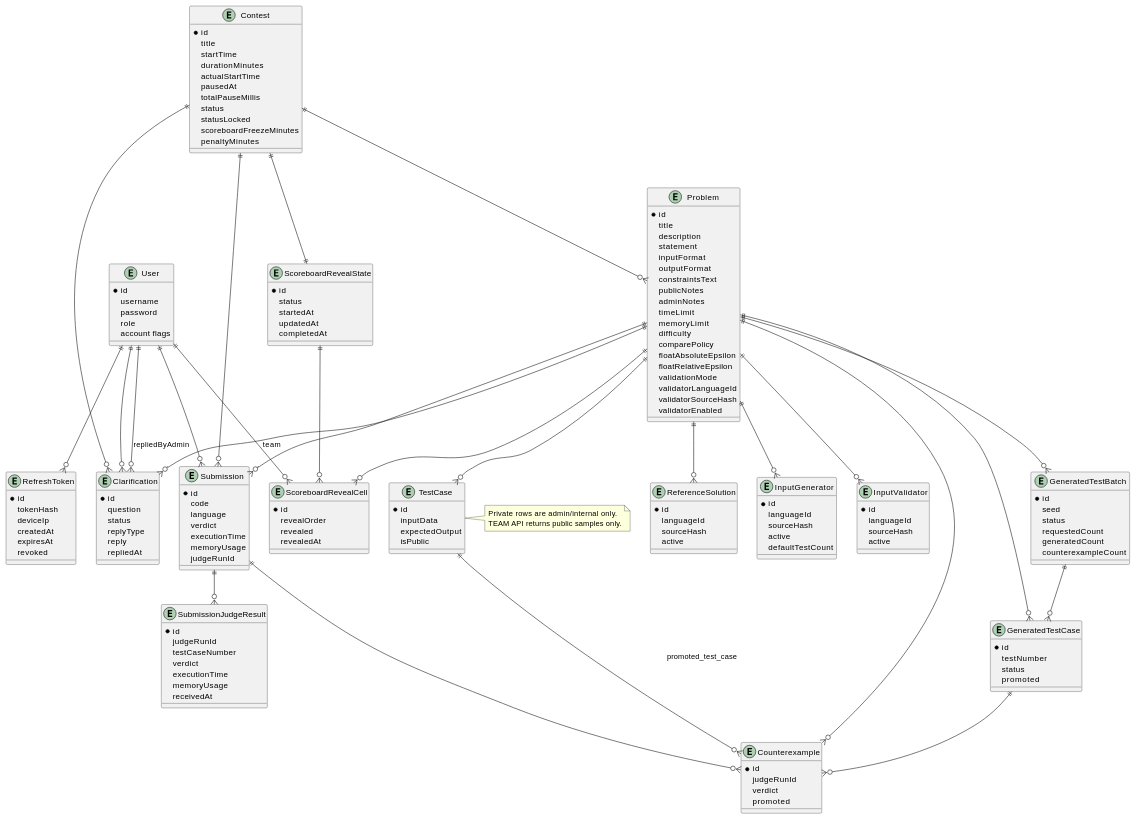
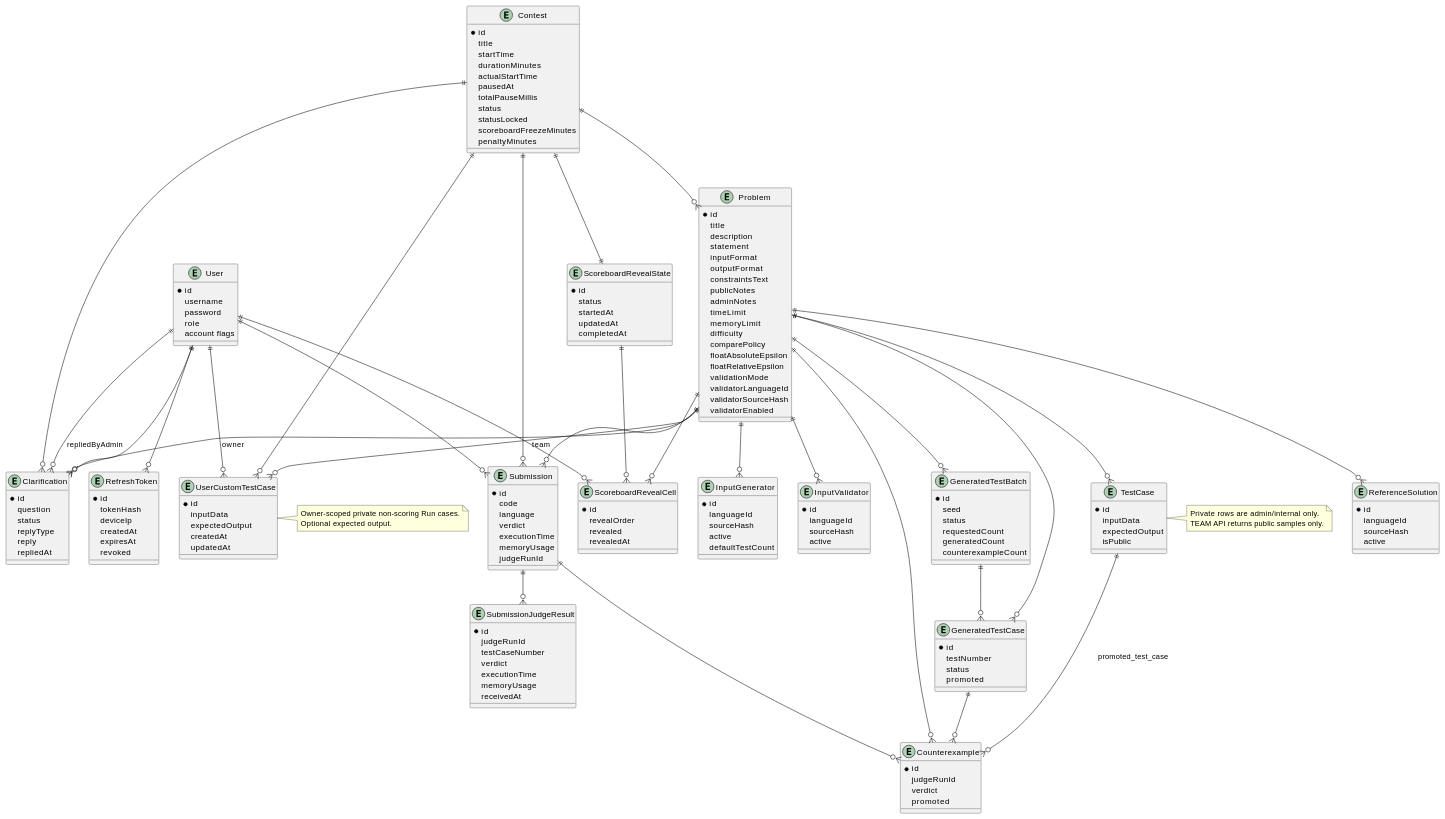
Diagram 15 of 18 in docs/report-rebuild/diagram-prompts.md (AuraC-graduate-project/AuraC2), drawn with PlantUML before and after one commit. The commit also changed other lines of this file and 33 other files, not shown here.

First line of the commit message:
feat(team): add non-scoring run workflow and clean solving workspace

````diff
--- a/docs/report-rebuild/diagram-prompts.md
+++ b/docs/report-rebuild/diagram-prompts.md
@@ -764,6 +771,13 @@
   inputData
   expectedOutput
   isPublic
+}
+entity UserCustomTestCase {
+  * id
+  inputData
+  expectedOutput
+  createdAt
+  updatedAt
 }
 entity Clarification {
   * id
@@ -846,6 +860,9 @@
 User ||--o{ RefreshToken
 Contest ||--o{ Problem
 Problem ||--o{ TestCase
+User ||--o{ UserCustomTestCase : owner
+Contest ||--o{ UserCustomTestCase
+Problem ||--o{ UserCustomTestCase
 User ||--o{ Submission
 Contest ||--o{ Submission
 Problem ||--o{ Submission
@@ -872,5 +889,9 @@
 Private rows are admin/internal only.
 TEAM API returns public samples only.
 end note
+note right of UserCustomTestCase
+Owner-scoped private non-scoring Run cases.
+Optional expected output.
+end note
 @enduml
 ```
````
